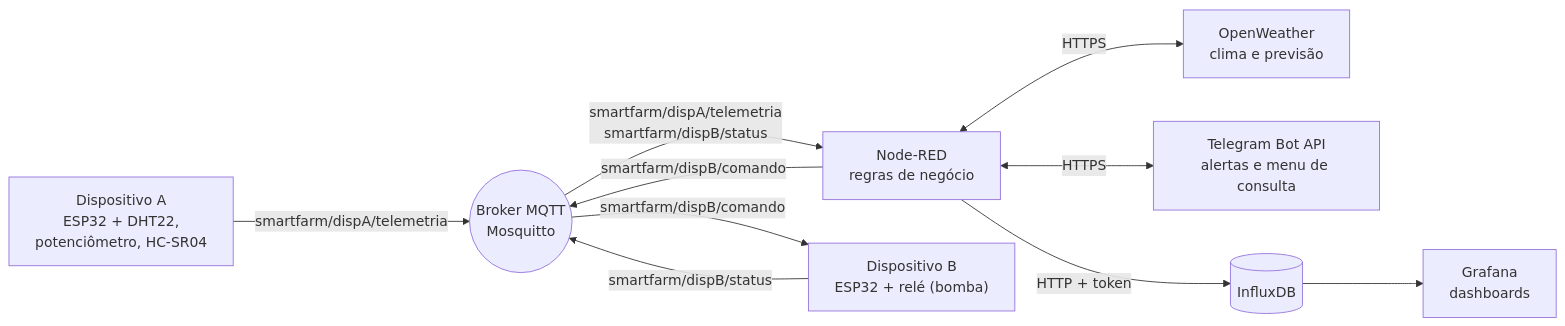
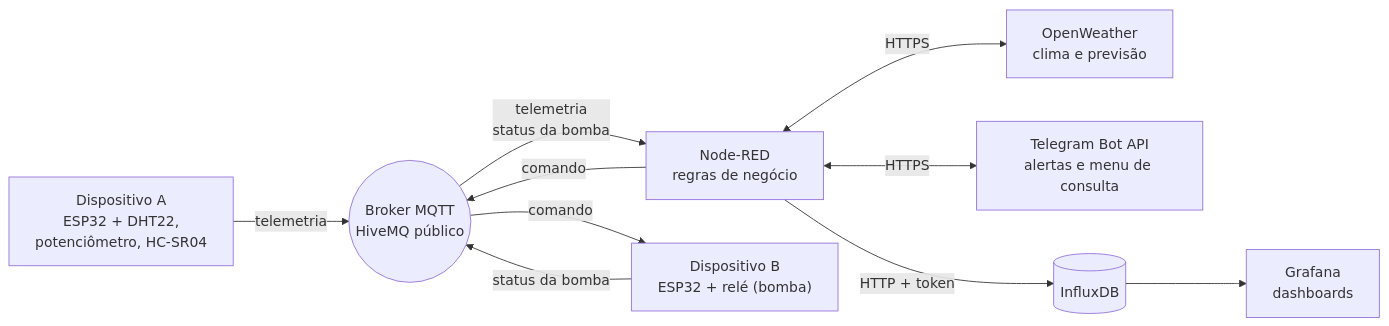
One commit to henrique-mackenzista/SmartFarm changed the diagram in README.md. Above: the diagram before and after it, drawn with Mermaid. The commit also changed other lines of this file and 12 other files, not shown here.

First line of the commit message:
Adiciona o fluxo do Node-RED e adapta o projeto para execução local

````diff
--- a/README.md
+++ b/README.md
@@ -34,12 +34,12 @@
 ```mermaid
 flowchart LR
-    A["Dispositivo A<br/>ESP32 + DHT22,<br/>potenciômetro, HC-SR04"] -- "smartfarm/dispA/telemetria" --> B(("Broker MQTT<br/>Mosquitto"))
-    B -- "smartfarm/dispA/telemetria<br/>smartfarm/dispB/status" --> N["Node-RED<br/>regras de negócio"]
-    N -- "smartfarm/dispB/comando" --> B
-    B -- "smartfarm/dispB/comando" --> D["Dispositivo B<br/>ESP32 + relé (bomba)"]
-    D -- "smartfarm/dispB/status" --> B
+    A["Dispositivo A<br/>ESP32 + DHT22,<br/>potenciômetro, HC-SR04"] -- "telemetria" --> B(("Broker MQTT<br/>HiveMQ público"))
+    B -- "telemetria<br/>status da bomba" --> N["Node-RED<br/>regras de negócio"]
+    N -- "comando" --> B
+    B -- "comando" --> D["Dispositivo B<br/>ESP32 + relé (bomba)"]
+    D -- "status da bomba" --> B
     N <-- "HTTPS" --> W["OpenWeather<br/>clima e previsão"]
     N <-- "HTTPS" --> T["Telegram Bot API<br/>alertas e menu de consulta"]
     N -- "HTTP + token" --> I[("InfluxDB")]
     I --> G["Grafana<br/>dashboards"]
 ```
````
